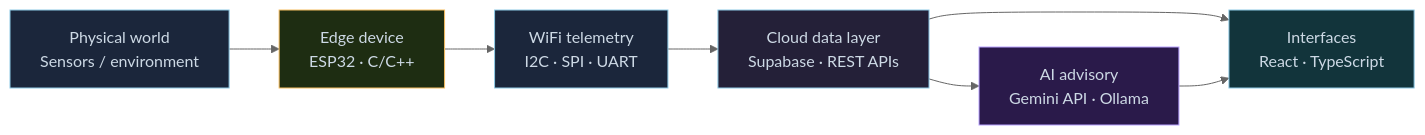
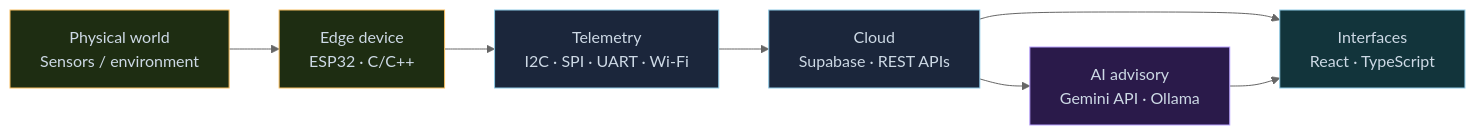
Before and after one commit to JoelDlima/JoelDlima: the first of 5 diagrams in README.md, drawn with Mermaid (neutral theme). The commit also changed other lines of this file, not shown here.

First line of the commit message:
refactor: badges + Mermaid diagrams throughout README

````diff
--- a/README.md
+++ b/README.md
@@ -68,16 +60,16 @@
 ```mermaid
 flowchart LR
     A["Physical world\nSensors / environment"] --> B["Edge device\nESP32 · C/C++"]
-    B --> C["WiFi telemetry\nI2C · SPI · UART"]
-    C --> D["Cloud data layer\nSupabase · REST APIs"]
+    B --> C["Telemetry\nI2C · SPI · UART · Wi-Fi"]
+    C --> D["Cloud\nSupabase · REST APIs"]
     D --> E["Interfaces\nReact · TypeScript"]
     D --> F["AI advisory\nGemini API · Ollama"]
     F --> E
 
-    style A fill:#1b263b,stroke:#8ecae6,color:#cdd9e5
+    style A fill:#1e2d12,stroke:#f6bd60,color:#cdd9e5
     style B fill:#1e2d12,stroke:#f6bd60,color:#cdd9e5
     style C fill:#1b263b,stroke:#8ecae6,color:#cdd9e5
-    style D fill:#242038,stroke:#8ecae6,color:#cdd9e5
+    style D fill:#1b263b,stroke:#8ecae6,color:#cdd9e5
     style E fill:#12343b,stroke:#8ecae6,color:#cdd9e5
     style F fill:#2a1a4a,stroke:#b8a1ff,color:#cdd9e5
 ```
````
